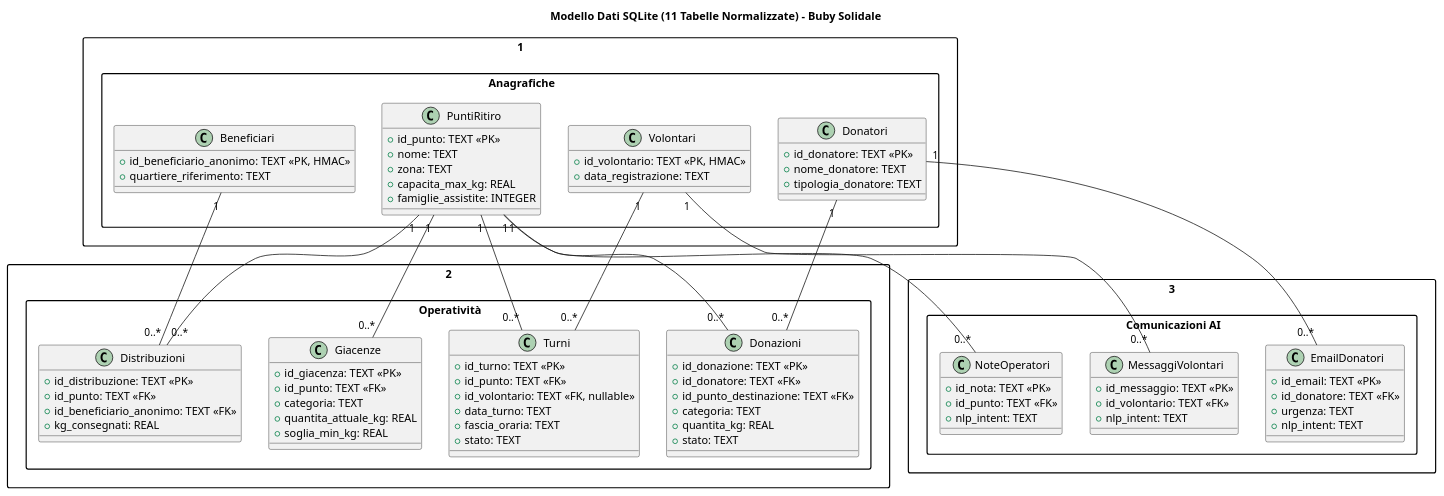
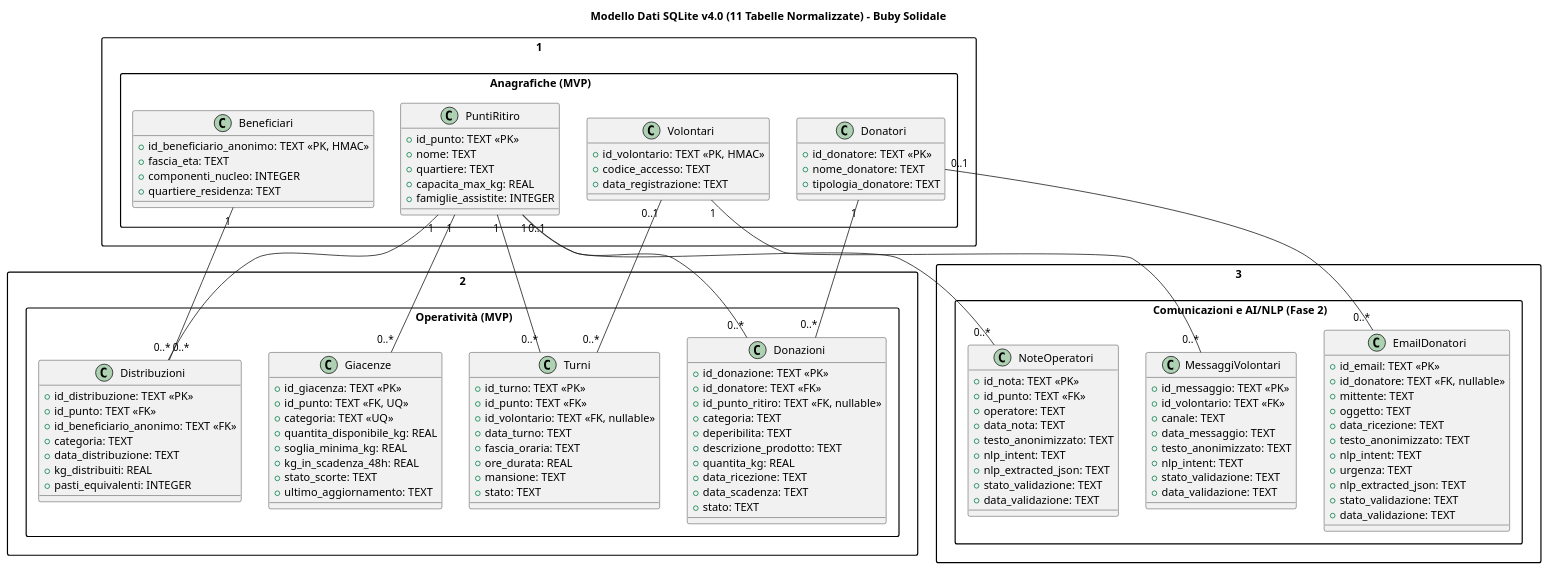
One commit to leonidaqemeqi/Solid7 changed the diagram in docs/modello-dati.puml. Above: the diagram before and after it, drawn with PlantUML. The commit also changed other lines of this file and 9 other files, not shown here.

Commit message:
Aggiornati contratto dati e diagrammi alla v4.0

```diff
--- a/docs/modello-dati.puml
+++ b/docs/modello-dati.puml
@@ -1,95 +2,128 @@
-@startuml modello_dati_buby_v3
-title Modello Dati SQLite (11 Tabelle Normalizzate) – Buby Solidale
+@startuml modello_dati_buby_v4
+title Modello Dati SQLite v4.0 (11 Tabelle Normalizzate) – Buby Solidale
 
 skinparam packageStyle rectangle
 
-package "1. Anagrafiche" {
+package "1. Anagrafiche (MVP)" {
   class PuntiRitiro {
     +id_punto: TEXT <<PK>>
     +nome: TEXT
-    +zona: TEXT
+    +quartiere: TEXT
     +capacita_max_kg: REAL
     +famiglie_assistite: INTEGER
   }
   class Donatori {
     +id_donatore: TEXT <<PK>>
     +nome_donatore: TEXT
     +tipologia_donatore: TEXT
   }
   class Volontari {
     +id_volontario: TEXT <<PK, HMAC>>
+    +codice_accesso: TEXT
     +data_registrazione: TEXT
   }
   class Beneficiari {
     +id_beneficiario_anonimo: TEXT <<PK, HMAC>>
-    +quartiere_riferimento: TEXT
+    +fascia_eta: TEXT
+    +componenti_nucleo: INTEGER
+    +quartiere_residenza: TEXT
   }
 }
 
-package "2. Operatività" {
+package "2. Operatività (MVP)" {
   class Giacenze {
     +id_giacenza: TEXT <<PK>>
-    +id_punto: TEXT <<FK>>
-    +categoria: TEXT
-    +quantita_attuale_kg: REAL
-    +soglia_min_kg: REAL
+    +id_punto: TEXT <<FK, UQ>>
+    +categoria: TEXT <<UQ>>
+    +quantita_disponibile_kg: REAL
+    +soglia_minima_kg: REAL
+    +kg_in_scadenza_48h: REAL
+    +stato_scorte: TEXT
+    +ultimo_aggiornamento: TEXT
   }
   class Donazioni {
     +id_donazione: TEXT <<PK>>
     +id_donatore: TEXT <<FK>>
-    +id_punto_destinazione: TEXT <<FK>>
+    +id_punto_ritiro: TEXT <<FK, nullable>>
     +categoria: TEXT
+    +deperibilita: TEXT
+    +descrizione_prodotto: TEXT
     +quantita_kg: REAL
+    +data_ricezione: TEXT
+    +data_scadenza: TEXT
     +stato: TEXT
   }
   class Distribuzioni {
     +id_distribuzione: TEXT <<PK>>
     +id_punto: TEXT <<FK>>
     +id_beneficiario_anonimo: TEXT <<FK>>
-    +kg_consegnati: REAL
+    +categoria: TEXT
+    +data_distribuzione: TEXT
+    +kg_distribuiti: REAL
+    +pasti_equivalenti: INTEGER
   }
   class Turni {
     +id_turno: TEXT <<PK>>
     +id_punto: TEXT <<FK>>
     +id_volontario: TEXT <<FK, nullable>>
     +data_turno: TEXT
     +fascia_oraria: TEXT
+    +ore_durata: REAL
+    +mansione: TEXT
     +stato: TEXT
   }
 }
 
-package "3. Comunicazioni AI" {
+package "3. Comunicazioni e AI/NLP (Fase 2)" {
   class EmailDonatori {
     +id_email: TEXT <<PK>>
-    +id_donatore: TEXT <<FK>>
+    +id_donatore: TEXT <<FK, nullable>>
+    +mittente: TEXT
+    +oggetto: TEXT
+    +data_ricezione: TEXT
+    +testo_anonimizzato: TEXT
+    +nlp_intent: TEXT
     +urgenza: TEXT
-    +nlp_intent: TEXT
+    +nlp_extracted_json: TEXT
+    +stato_validazione: TEXT
+    +data_validazione: TEXT
   }
   class MessaggiVolontari {
     +id_messaggio: TEXT <<PK>>
     +id_volontario: TEXT <<FK>>
+    +canale: TEXT
+    +data_messaggio: TEXT
+    +testo_anonimizzato: TEXT
     +nlp_intent: TEXT
+    +stato_validazione: TEXT
+    +data_validazione: TEXT
   }
   class NoteOperatori {
     +id_nota: TEXT <<PK>>
     +id_punto: TEXT <<FK>>
+    +operatore: TEXT
+    +data_nota: TEXT
+    +testo_anonimizzato: TEXT
     +nlp_intent: TEXT
+    +nlp_extracted_json: TEXT
+    +stato_validazione: TEXT
+    +data_validazione: TEXT
   }
 }
 
 ' Relazioni Anagrafiche -> Operatività
 PuntiRitiro "1" -- "0..*" Giacenze
-PuntiRitiro "1" -- "0..*" Donazioni
+PuntiRitiro "0..1" -- "0..*" Donazioni
 PuntiRitiro "1" -- "0..*" Distribuzioni
 PuntiRitiro "1" -- "0..*" Turni
 
 Donatori "1" -- "0..*" Donazioni
-Volontari "1" -- "0..*" Turni
+Volontari "0..1" -- "0..*" Turni
 Beneficiari "1" -- "0..*" Distribuzioni
 
 ' Relazioni Anagrafiche -> Comunicazioni
-Donatori "1" -- "0..*" EmailDonatori
+Donatori "0..1" -- "0..*" EmailDonatori
 Volontari "1" -- "0..*" MessaggiVolontari
 PuntiRitiro "1" -- "0..*" NoteOperatori
 
 @enduml
```
